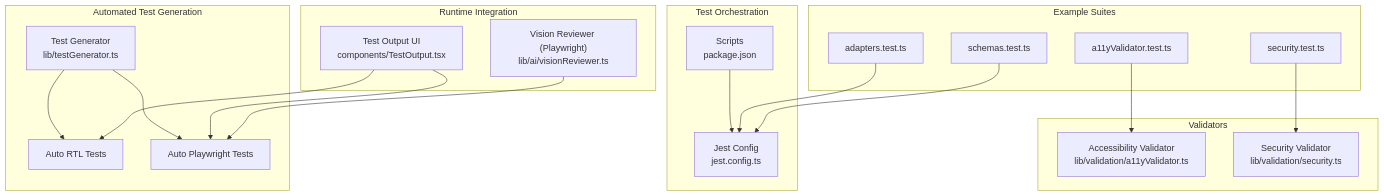
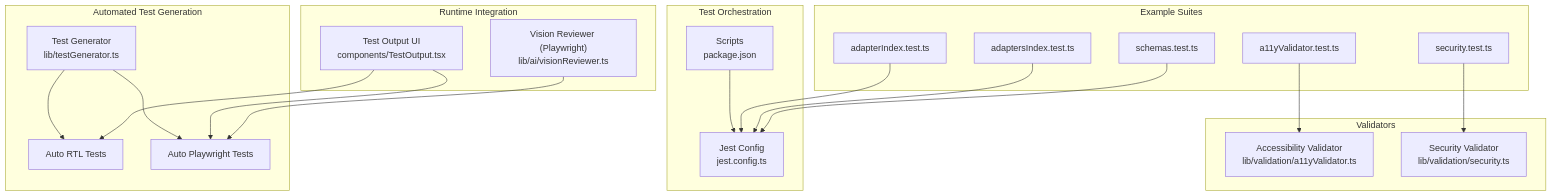
Before and after one commit to shekhargiri005-dotcom/AI-powered-accessibility-first-UI-engine: the first of 10 diagrams in .qoder/repowiki/en/content/Live Preview & Development Tools/Testing & Quality Assurance.md, drawn with Mermaid. The commit also changed other lines of this file and 7 other files, not shown here.

````diff
--- a/.qoder/repowiki/en/content/Live Preview & Development Tools/Testing & Quality Assurance.md
+++ b/.qoder/repowiki/en/content/Live Preview & Development Tools/Testing & Quality Assurance.md
@@ -47,36 +54,38 @@
 ```mermaid
 graph TB
 subgraph "Test Orchestration"
 JEST["Jest Config<br/>jest.config.ts"]
 PKG["Scripts<br/>package.json"]
 end
 subgraph "Automated Test Generation"
 GEN["Test Generator<br/>lib/testGenerator.ts"]
 RTL["Auto RTL Tests"]
 PW["Auto Playwright Tests"]
 end
 subgraph "Validators"
 A11Y["Accessibility Validator<br/>lib/validation/a11yValidator.ts"]
 SEC["Security Validator<br/>lib/validation/security.ts"]
 end
 subgraph "Example Suites"
 A11YTEST["a11yValidator.test.ts"]
 SECTEST["security.test.ts"]
-ADATEST["adapters.test.ts"]
+ADATEST["adapterIndex.test.ts"]
+ADATEST2["adaptersIndex.test.ts"]
 SCHTEST["schemas.test.ts"]
 end
 subgraph "Runtime Integration"
 TESTOUT["Test Output UI<br/>components/TestOutput.tsx"]
 VISREV["Vision Reviewer (Playwright)<br/>lib/ai/visionReviewer.ts"]
 end
 PKG --> JEST
 GEN --> RTL
 GEN --> PW
 A11YTEST --> A11Y
 SECTEST --> SEC
 ADATEST --> JEST
+ADATEST2 --> JEST
 SCHTEST --> JEST
 TESTOUT --> RTL
 TESTOUT --> PW
 VISREV --> PW
 ```
````
